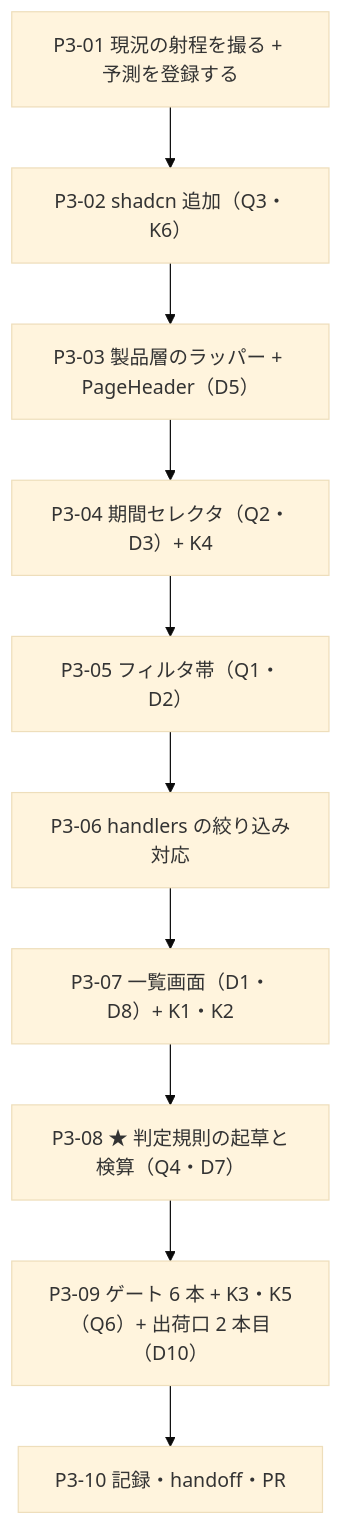
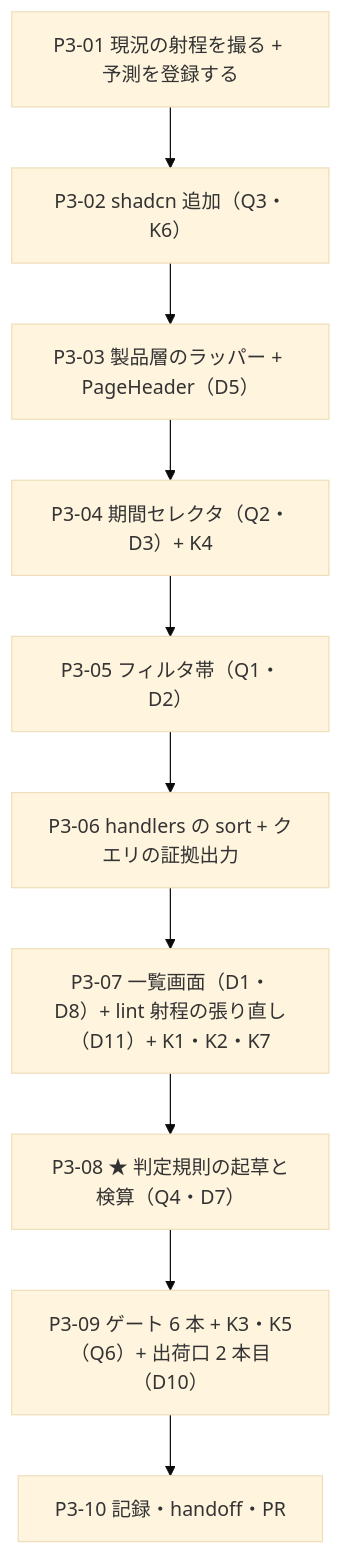
Before and after one commit to yatami0/design: the diagram in docs/手順/工程3_共通シェル.md, drawn with Mermaid (base theme). The commit also changed other lines of this file and 1 other file, not shown here.

First line of the commit message:
procedure(P3): 工程3 手順書のレビュー修正 — P3-06 の前提誤りを訂正し、画面層の lint 射程の穴 3 つに D11・K7 を追加 [工程3]

````diff
--- a/docs/手順/工程3_共通シェル.md
+++ b/docs/手順/工程3_共通シェル.md
@@ -139,12 +142,12 @@
 ```mermaid
 flowchart TD
   A["P3-01 現況の射程を撮る + 予測を登録する"] --> B["P3-02 shadcn 追加（Q3・K6）"]
   B --> C["P3-03 製品層のラッパー + PageHeader（D5）"]
   C --> D["P3-04 期間セレクタ（Q2・D3）+ K4"]
   D --> E["P3-05 フィルタ帯（Q1・D2）"]
-  E --> F["P3-06 handlers の絞り込み対応"]
-  F --> G["P3-07 一覧画面（D1・D8）+ K1・K2"]
+  E --> F["P3-06 handlers の sort + クエリの証拠出力"]
+  F --> G["P3-07 一覧画面（D1・D8）+ lint 射程の張り直し（D11）+ K1・K2・K7"]
   G --> H["P3-08 ★ 判定規則の起草と検算（Q4・D7）"]
   H --> I["P3-09 ゲート 6 本 + K3・K5（Q6）+ 出荷口 2 本目（D10）"]
   I --> J["P3-10 記録・handoff・PR"]
 ```
````
